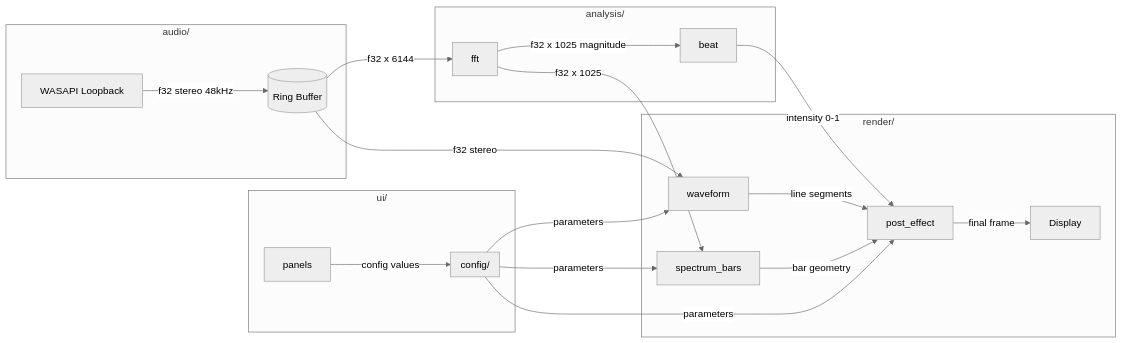
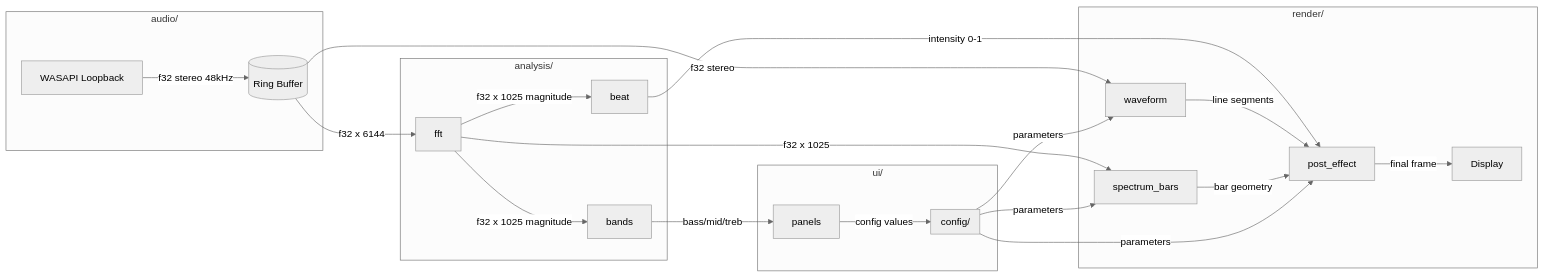
One commit to EvanLavender13/audio-jones changed the diagram in docs/architecture.md. Above: the diagram before and after it, drawn with Mermaid (neutral theme). The commit also changed other lines of this file and 4 other files, not shown here.

First line of the commit message:
Update architecture docs for band energy feature

````diff
--- a/docs/architecture.md
+++ b/docs/architecture.md
@@ -11,30 +11,32 @@
 ```mermaid
 flowchart LR
     subgraph Audio[audio/]
         WASAPI[WASAPI Loopback] -->|f32 stereo 48kHz| RB[(Ring Buffer)]
     end
 
     subgraph Analysis[analysis/]
         RB -->|f32 x 6144| FFT[fft]
         FFT -->|f32 x 1025 magnitude| Beat[beat]
+        FFT -->|f32 x 1025 magnitude| Bands[bands]
     end
 
     subgraph Render[render/]
         RB -->|f32 stereo| WF[waveform]
         Beat -->|intensity 0-1| PE[post_effect]
         FFT -->|f32 x 1025| SB[spectrum_bars]
         WF -->|line segments| PE
         SB -->|bar geometry| PE
         PE -->|final frame| Screen[Display]
     end
 
     subgraph UI[ui/]
         Panels[panels] -->|config values| Config
+        Bands -->|bass/mid/treb| Panels
     end
 
     subgraph Config[config/]
         Config -->|parameters| WF
         Config -->|parameters| PE
         Config -->|parameters| SB
     end
 ```
````
